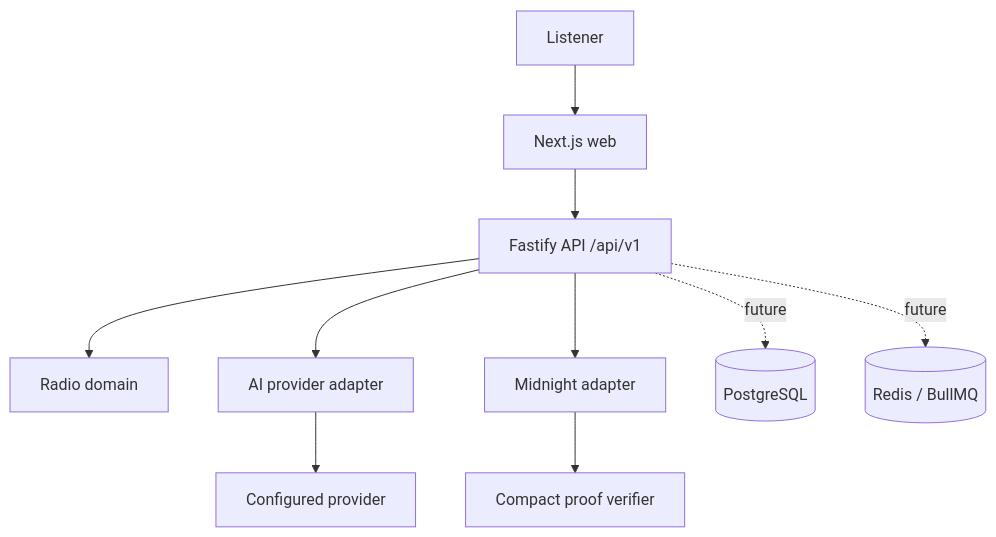
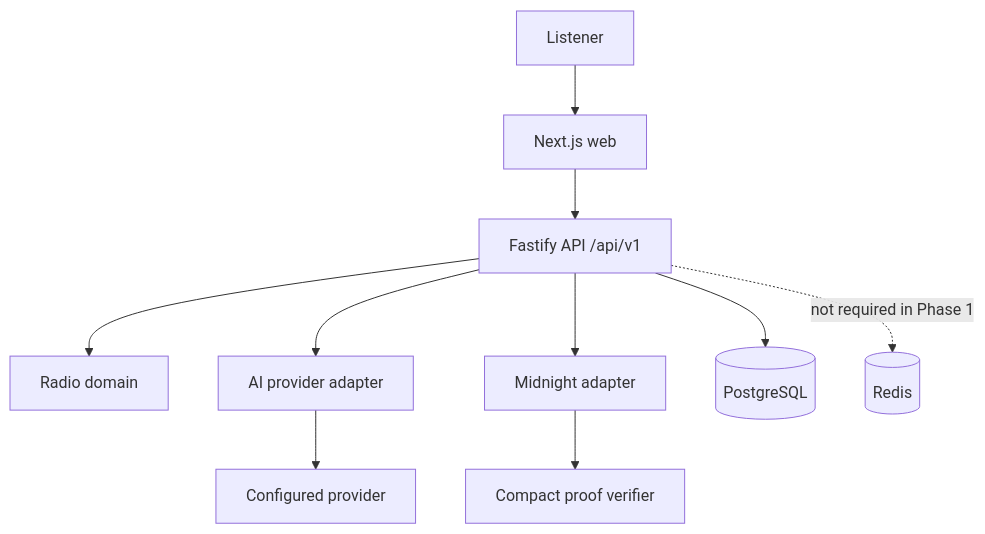
The diagram in README.md (Blocktek-Radio/Blocktek-midnight), drawn with Mermaid before and after one commit. The commit also changed other lines of this file and 22 other files, not shown here.

````diff
--- a/README.md
+++ b/README.md
@@ -35,12 +36,12 @@
 ```mermaid
 flowchart TD
     Listener --> Web[Next.js web]
     Web --> API[Fastify API /api/v1]
     API --> Radio[Radio domain]
     API --> AI[AI provider adapter]
     API --> Midnight[Midnight adapter]
-    API -. future .-> DB[(PostgreSQL)]
-    API -. future .-> Redis[(Redis / BullMQ)]
+    API --> DB[(PostgreSQL)]
+    API -. not required in Phase 1 .-> Redis[(Redis)]
     AI --> Provider[Configured provider]
     Midnight --> Proof[Compact proof verifier]
 ```
````
